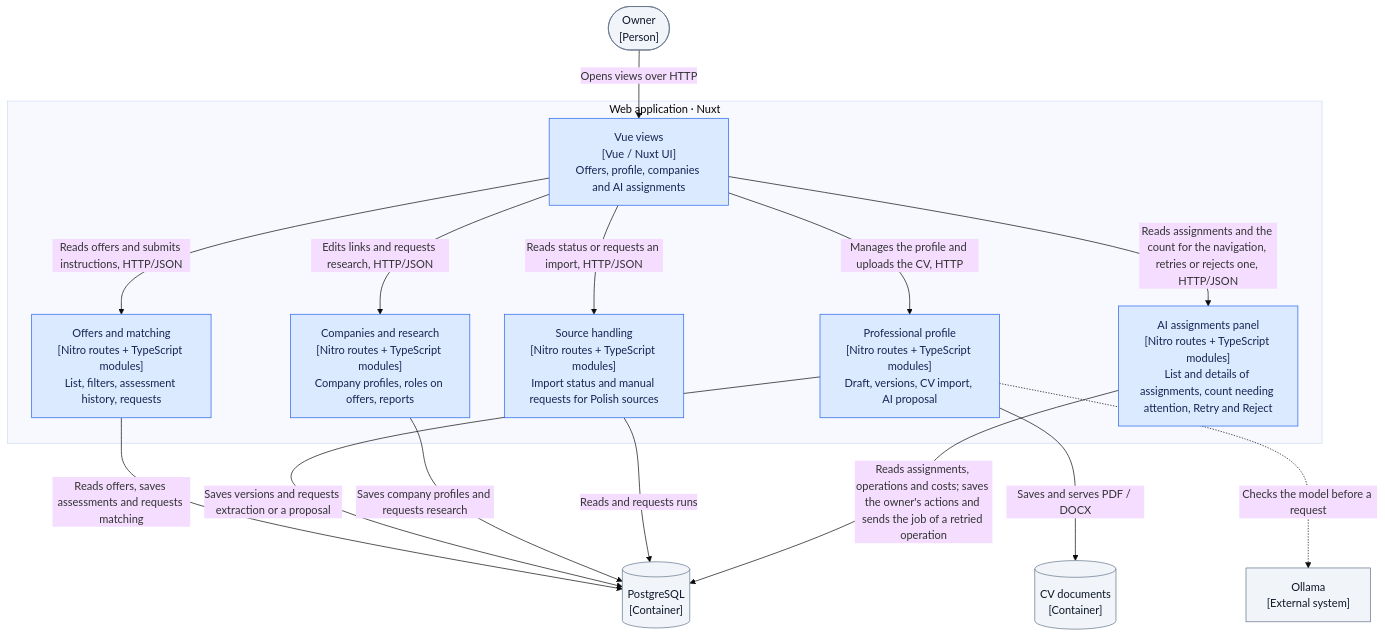
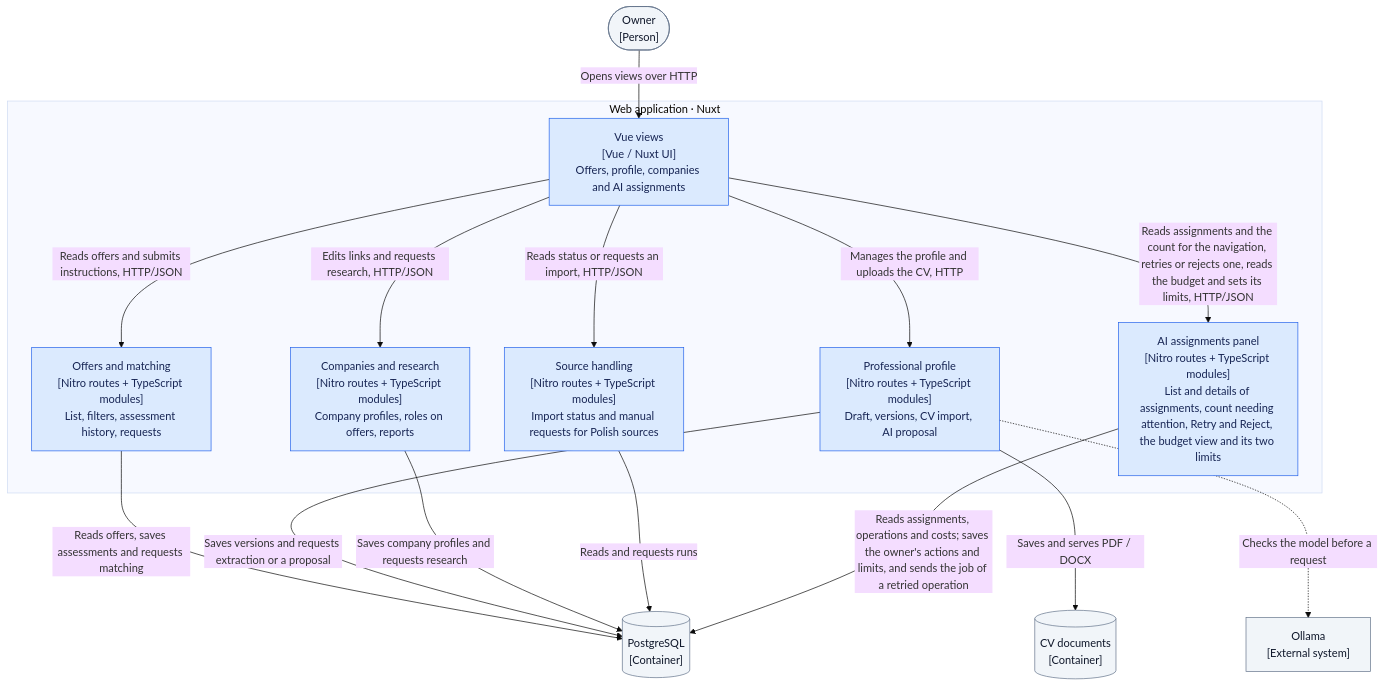
The third of 5 diagrams in docs/architecture/README.md (pioziol123/ofertorix-rekrutus), drawn with Mermaid (base theme) before and after one commit. The commit also changed other lines of this file and 9 other files, not shown here.

Commit message:
oferty-pracy-sq2.14: Show the budget view with both limit forms in the AI assignments panel

````diff
--- a/docs/architecture/README.md
+++ b/docs/architecture/README.md
@@ -82,35 +82,35 @@
 ```mermaid
 flowchart TB
   Owner(["Owner<br/>[Person]"])
   DB[("PostgreSQL<br/>[Container]")]
   Files[("CV documents<br/>[Container]")]
   Ollama["Ollama<br/>[External system]"]
 
   subgraph Web["Web application · Nuxt"]
     UI["Vue views<br/>[Vue / Nuxt UI]<br/>Offers, profile, companies and AI assignments"]
     Offers["Offers and matching<br/>[Nitro routes + TypeScript modules]<br/>List, filters, assessment history, requests"]
     Profile["Professional profile<br/>[Nitro routes + TypeScript modules]<br/>Draft, versions, CV import, AI proposal"]
     Companies["Companies and research<br/>[Nitro routes + TypeScript modules]<br/>Company profiles, roles on offers, reports"]
     Sources["Source handling<br/>[Nitro routes + TypeScript modules]<br/>Import status and manual requests for Polish sources"]
-    Panel["AI assignments panel<br/>[Nitro routes + TypeScript modules]<br/>List and details of assignments, count needing attention, Retry and Reject"]
+    Panel["AI assignments panel<br/>[Nitro routes + TypeScript modules]<br/>List and details of assignments, count needing attention, Retry and Reject, the budget view and its two limits"]
   end
 
   Owner -->|"Opens views over HTTP"| UI
   UI -->|"Reads offers and submits instructions, HTTP/JSON"| Offers
   UI -->|"Manages the profile and uploads the CV, HTTP"| Profile
   UI -->|"Edits links and requests research, HTTP/JSON"| Companies
   UI -->|"Reads status or requests an import, HTTP/JSON"| Sources
-  UI -->|"Reads assignments and the count for the navigation, retries or rejects one, HTTP/JSON"| Panel
+  UI -->|"Reads assignments and the count for the navigation, retries or rejects one, reads the budget and sets its limits, HTTP/JSON"| Panel
   Offers -->|"Reads offers, saves assessments and requests matching"| DB
   Profile -->|"Saves versions and requests extraction or a proposal"| DB
   Companies -->|"Saves company profiles and requests research"| DB
   Sources -->|"Reads and requests runs"| DB
-  Panel -->|"Reads assignments, operations and costs; saves the owner's actions and sends the job of a retried operation"| DB
+  Panel -->|"Reads assignments, operations and costs; saves the owner's actions and limits, and sends the job of a retried operation"| DB
   Profile -->|"Saves and serves PDF / DOCX"| Files
   Profile -.->|"Checks the model before a request"| Ollama
 
   classDef internal fill:#dbeafe,stroke:#2563eb,color:#172554
   classDef external fill:#f1f5f9,stroke:#64748b,color:#0f172a
   class UI,Offers,Profile,Companies,Sources,Panel internal
   class Owner,DB,Files,Ollama external
 ```
````
